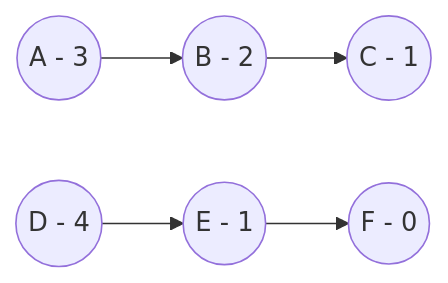
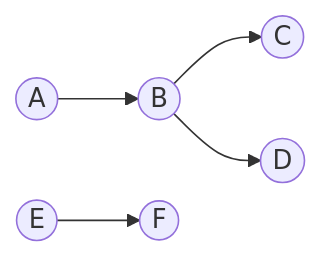
Before and after one commit to apfitzge/prio-graph: the first of 2 diagrams in README.md, drawn with Mermaid. The commit also changed other lines of this file, not shown here.

````diff
--- a/README.md
+++ b/README.md
@@ -15,5 +10,5 @@
 ```mermaid
 graph LR;
-A((A - 3)) --> B((B - 2)) --> C((C - 1))
-D((D - 4)) --> E((E - 1)) --> F((F - 0))
+A((A)) --> B((B)) --> C((C)) & D((D));
+E((E)) --> F((F));
 ```
````
